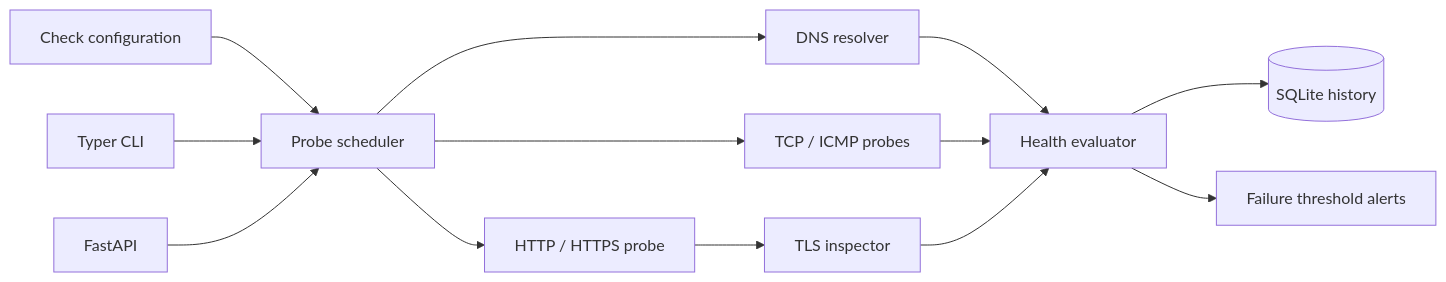
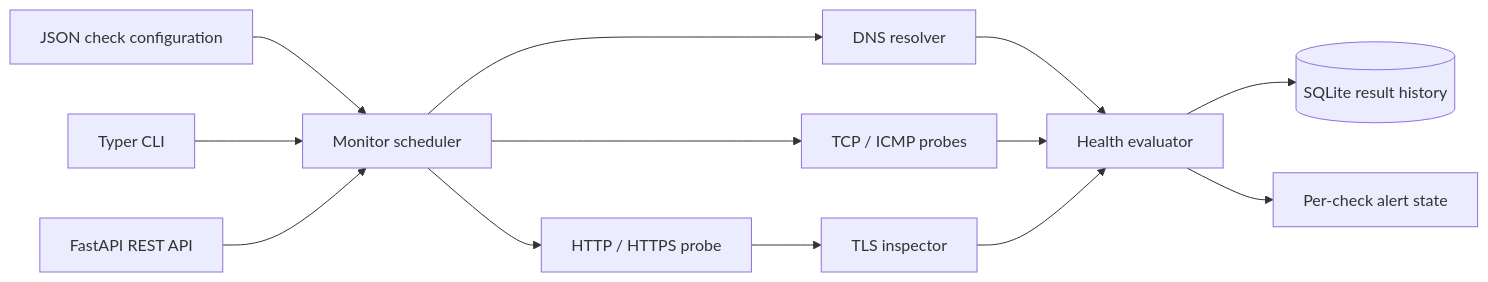
One commit to munashekwarai/netsentinel changed the diagram in README.md. Above: the diagram before and after it, drawn with Mermaid. The commit also changed other lines of this file and 22 other files, not shown here.

````diff
--- a/README.md
+++ b/README.md
@@ -21,13 +33,13 @@
 ```mermaid
 flowchart LR
-  Config[Check configuration] --> Scheduler[Probe scheduler]
+  Config[JSON check configuration] --> Scheduler[Monitor scheduler]
   Scheduler --> DNS[DNS resolver]
   Scheduler --> TCP[TCP / ICMP probes]
   Scheduler --> Web[HTTP / HTTPS probe]
   Web --> TLS[TLS inspector]
   DNS & TCP & TLS --> Health[Health evaluator]
-  Health --> History[(SQLite history)]
-  Health --> Alerts[Failure threshold alerts]
+  Health --> History[(SQLite result history)]
+  Health --> Alerts[Per-check alert state]
   CLI[Typer CLI] --> Scheduler
-  API[FastAPI] --> Scheduler
+  API[FastAPI REST API] --> Scheduler
 ```
````
